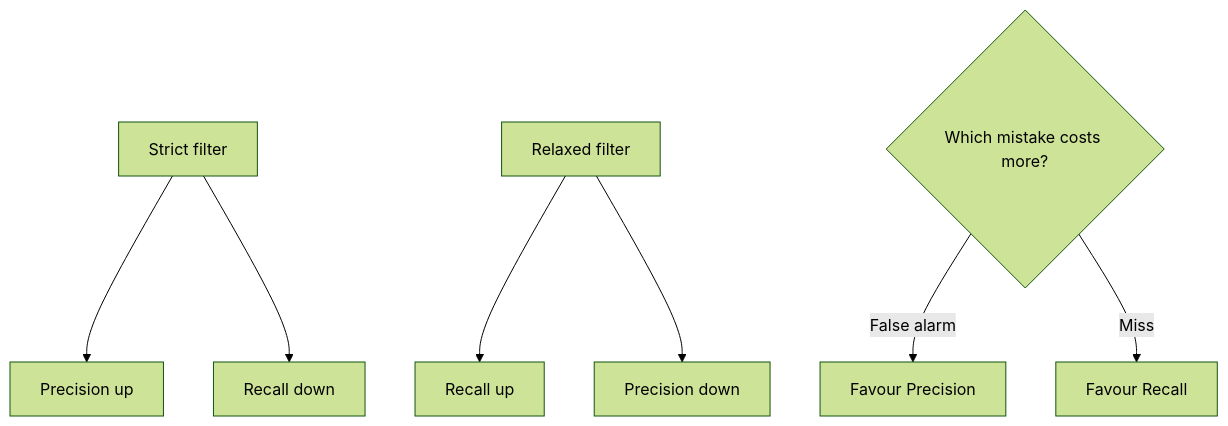
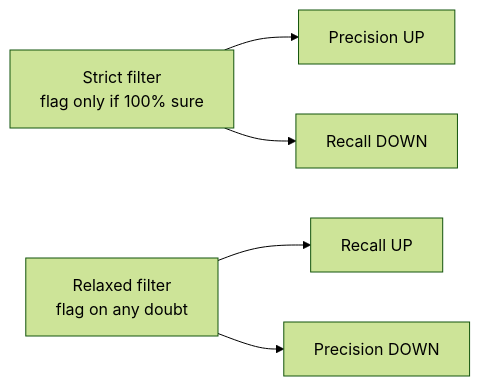
Before and after one commit to kaisarnajar/outcome-school-blogs: the second of 3 diagrams in notes/step-01-machine-learning-foundations/006-precision-vs-recall.md, drawn with Mermaid (forest theme). The commit also changed other lines of this file and 233 other files, not shown here.

````diff
--- a/notes/step-01-machine-learning-foundations/006-precision-vs-recall.md
+++ b/notes/step-01-machine-learning-foundations/006-precision-vs-recall.md
@@ -46,9 +76,7 @@
 ```mermaid
-flowchart TD
-    A["Strict filter"] --> B["Precision up"]
-    A --> C["Recall down"]
-    D["Relaxed filter"] --> E["Recall up"]
-    D --> F["Precision down"]
-    G{"Which mistake costs more?"} -->|"False alarm"| H["Favour Precision"]
-    G -->|"Miss"| I["Favour Recall"]
+flowchart LR
+    S1["Strict filter<br/>flag only if 100% sure"] --> S2["Precision UP"]
+    S1 --> S3["Recall DOWN"]
+    R1["Relaxed filter<br/>flag on any doubt"] --> R2["Recall UP"]
+    R1 --> R3["Precision DOWN"]
 ```
````
